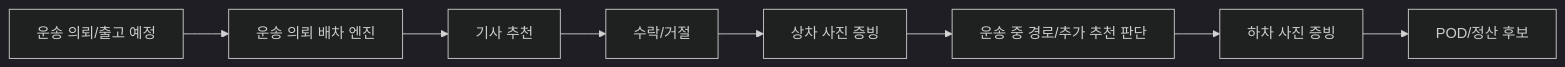
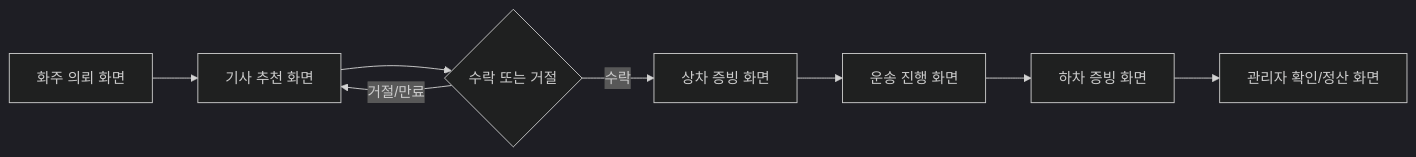
Before and after one commit to cheolwo/hongdal: the diagram in README.md, drawn with Mermaid (dark theme). The commit also changed other lines of this file and 2 other files, not shown here.

````diff
--- a/README.md
+++ b/README.md
@@ -19,10 +22,10 @@
 ```mermaid
 flowchart LR
-    A[운송 의뢰/출고 예정] --> B[운송 의뢰 배차 엔진]
-    B --> C[기사 추천]
-    C --> D[수락/거절]
-    D --> E[상차 사진 증빙]
-    E --> F[운송 중 경로/추가 추천 판단]
-    F --> G[하차 사진 증빙]
-    G --> H[POD/정산 후보]
+    A["화주 의뢰 화면"] --> B["기사 추천 화면"]
+    B --> C{"수락 또는 거절"}
+    C -->|수락| D["상차 증빙 화면"]
+    C -->|거절/만료| B
+    D --> E["운송 진행 화면"]
+    E --> F["하차 증빙 화면"]
+    F --> G["관리자 확인/정산 화면"]
 ```
````
